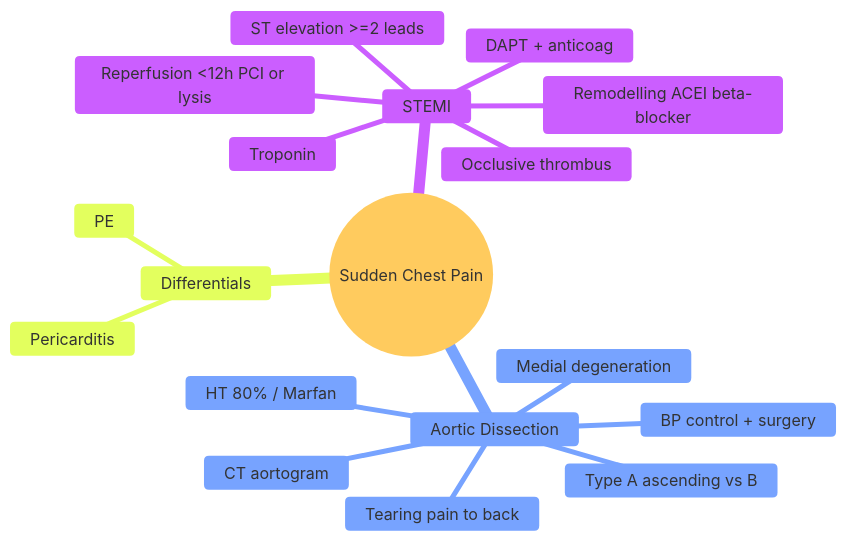
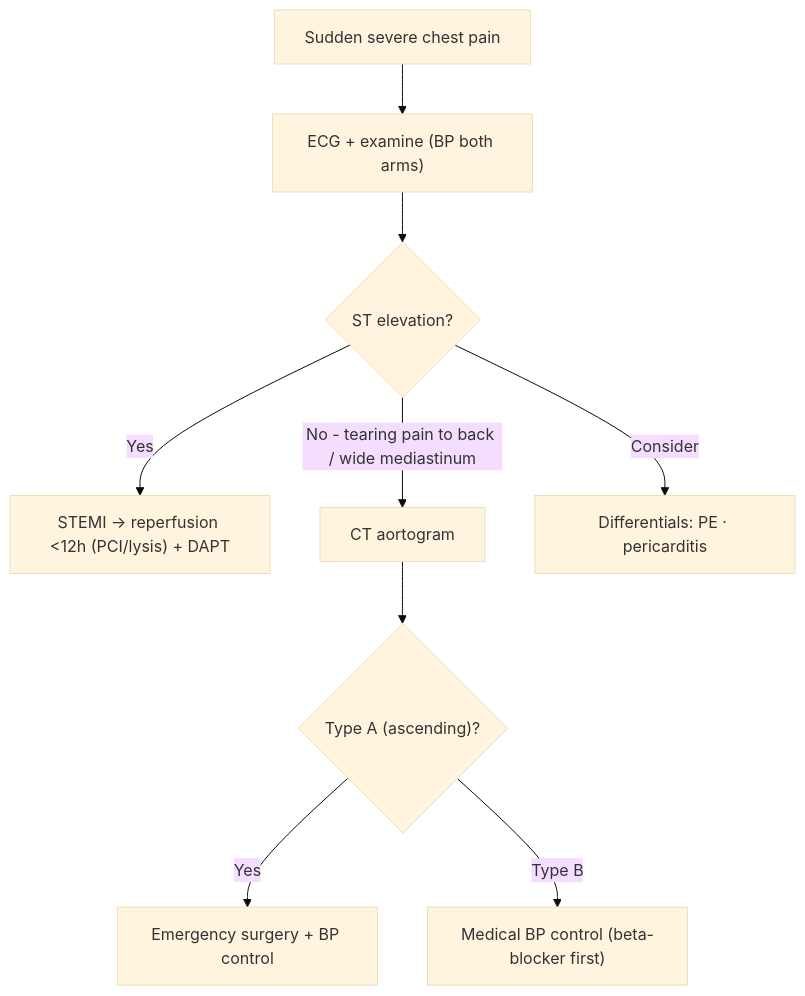
The diagram in content/Cardiology/Sudden Severe Chest Pain and Aortic Dissection.md (samacek123-design/study-site-notes), drawn with Mermaid (base theme) before and after one commit. The commit also changed other lines of this file and 15 other files, not shown here.

````diff
--- a/content/Cardiology/Sudden Severe Chest Pain and Aortic Dissection.md
+++ b/content/Cardiology/Sudden Severe Chest Pain and Aortic Dissection.md
@@ -50,21 +50,11 @@
 ```mermaid
-mindmap
-  root((Sudden Chest Pain))
-    STEMI
-      Occlusive thrombus
-      ST elevation >=2 leads
-      Troponin
-      Reperfusion <12h PCI or lysis
-      DAPT + anticoag
-      Remodelling ACEI beta-blocker
-    Aortic Dissection
-      Medial degeneration
-      HT 80% / Marfan
-      Type A ascending vs B
-      Tearing pain to back
-      CT aortogram
-      BP control + surgery
-    Differentials
-      Pericarditis
-      PE
+flowchart TD
+  A["Sudden severe chest pain"] --> B["ECG + examine (BP both arms)"]
+  B --> C{"ST elevation?"}
+  C -->|Yes| D["STEMI -> reperfusion <12h (PCI/lysis) + DAPT"]
+  C -->|"No - tearing pain to back / wide mediastinum"| E["CT aortogram"]
+  E --> F{"Type A (ascending)?"}
+  F -->|Yes| G["Emergency surgery + BP control"]
+  F -->|"Type B"| H["Medical BP control (beta-blocker first)"]
+  C -->|"Consider"| I["Differentials: PE · pericarditis"]
 ```
````
